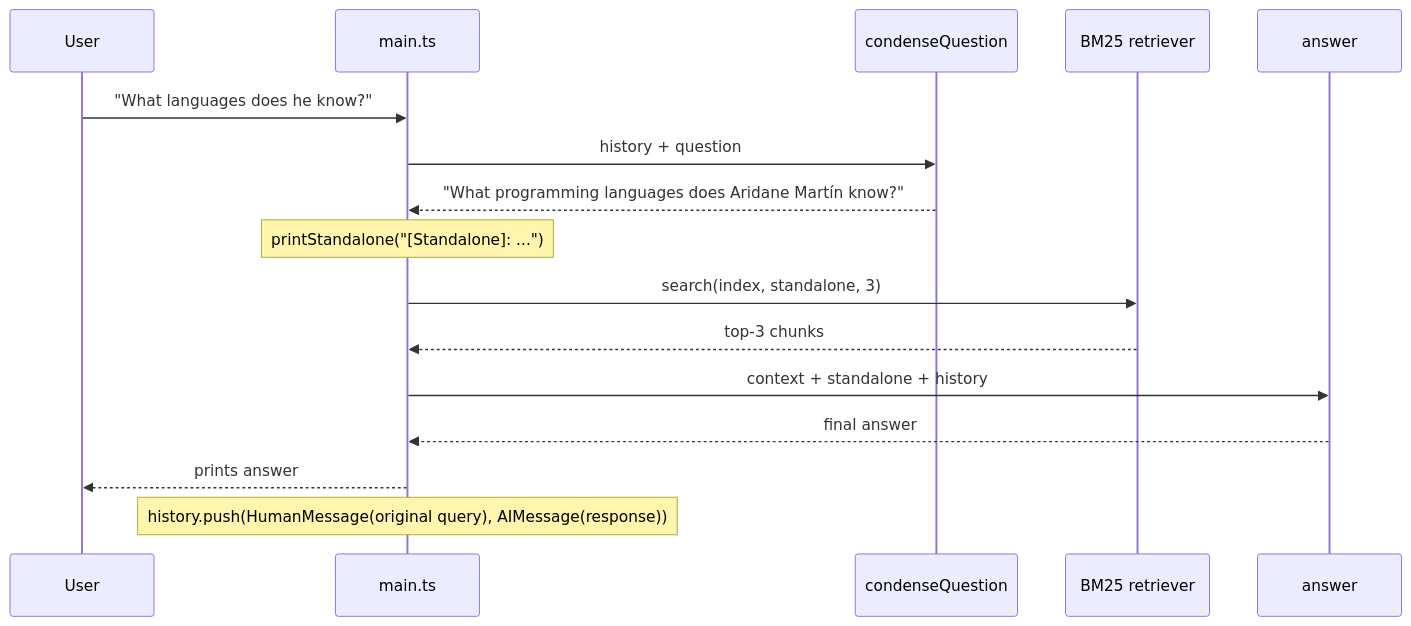
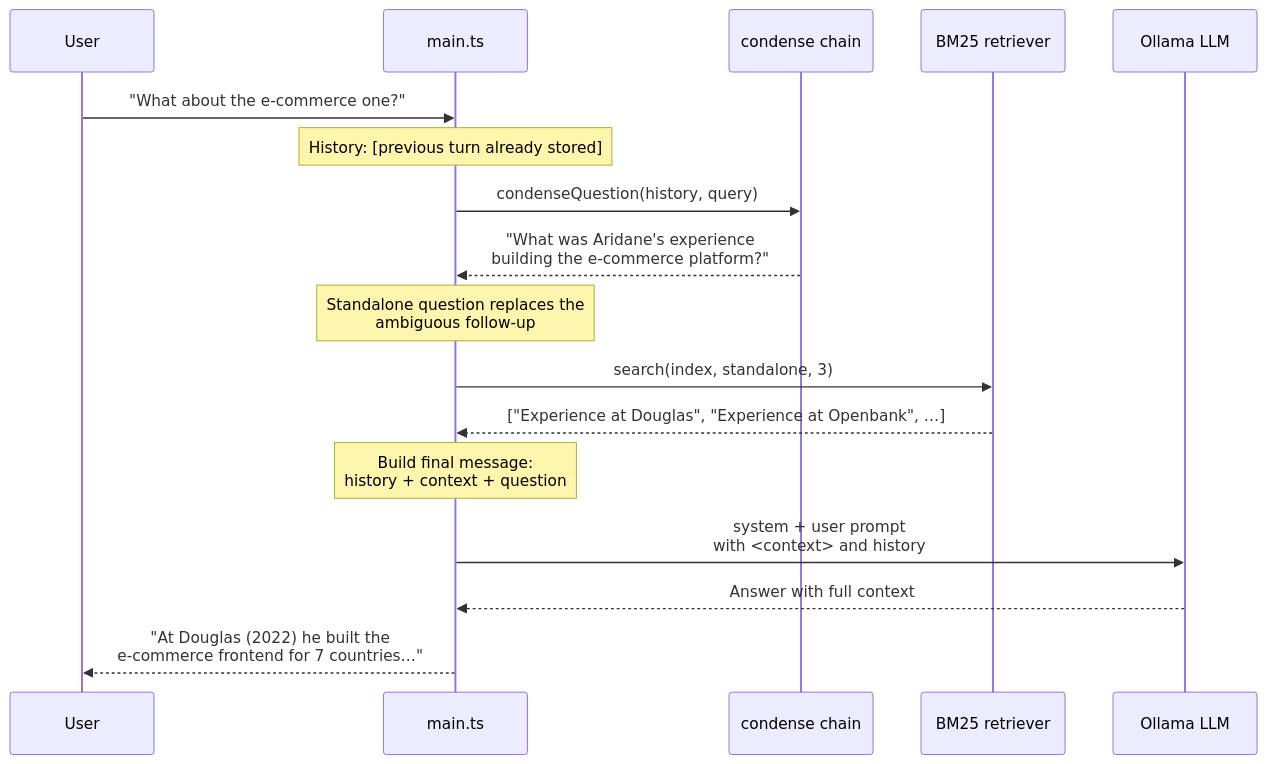
One commit to Lemoncode/demos-herramientas-ai-aplicadas-al-desarrollo changed the second of 2 diagrams in RAG-03-langchain-intro/docs/README.md. Above: the diagram before and after it, drawn with Mermaid. The commit also changed other lines of this file and 10 other files, not shown here.

First line of the commit message:
feat(rag-03): implement LangChain + BM25 + condense-question pipeline

````diff
--- a/RAG-03-langchain-intro/docs/README.md
+++ b/RAG-03-langchain-intro/docs/README.md
@@ -14,19 +35,20 @@
 ```mermaid
 sequenceDiagram
     participant U as User
     participant M as main.ts
-    participant C as condenseQuestion
+    participant C as condense chain
     participant R as BM25 retriever
-    participant A as answer
+    participant L as Ollama LLM
 
-    U->>M: "What languages does he know?"
-    M->>C: history + question
-    C-->>M: "What programming languages does Aridane Martín know?"
-    Note over M: printStandalone("[Standalone]: ...")
+    U->>M: "What about the e-commerce one?"
+    Note over M: History: [previous turn already stored]
+    M->>C: condenseQuestion(history, query)
+    C-->>M: "What was Aridane's experience<br>building the e-commerce platform?"
+    Note over M: Standalone question replaces the<br>ambiguous follow-up
     M->>R: search(index, standalone, 3)
-    R-->>M: top-3 chunks
-    M->>A: context + standalone + history
-    A-->>M: final answer
-    M-->>U: prints answer
-    Note over M: history.push(HumanMessage(original query), AIMessage(response))
+    R-->>M: ["Experience at Douglas", "Experience at Openbank", …]
+    Note over M: Build final message:<br/>history + context + question
+    M->>L: system + user prompt<br/>with <context> and history
+    L-->>M: Answer with full context
+    M-->>U: "At Douglas (2022) he built the<br/>e-commerce frontend for 7 countries…"
 ```
````
